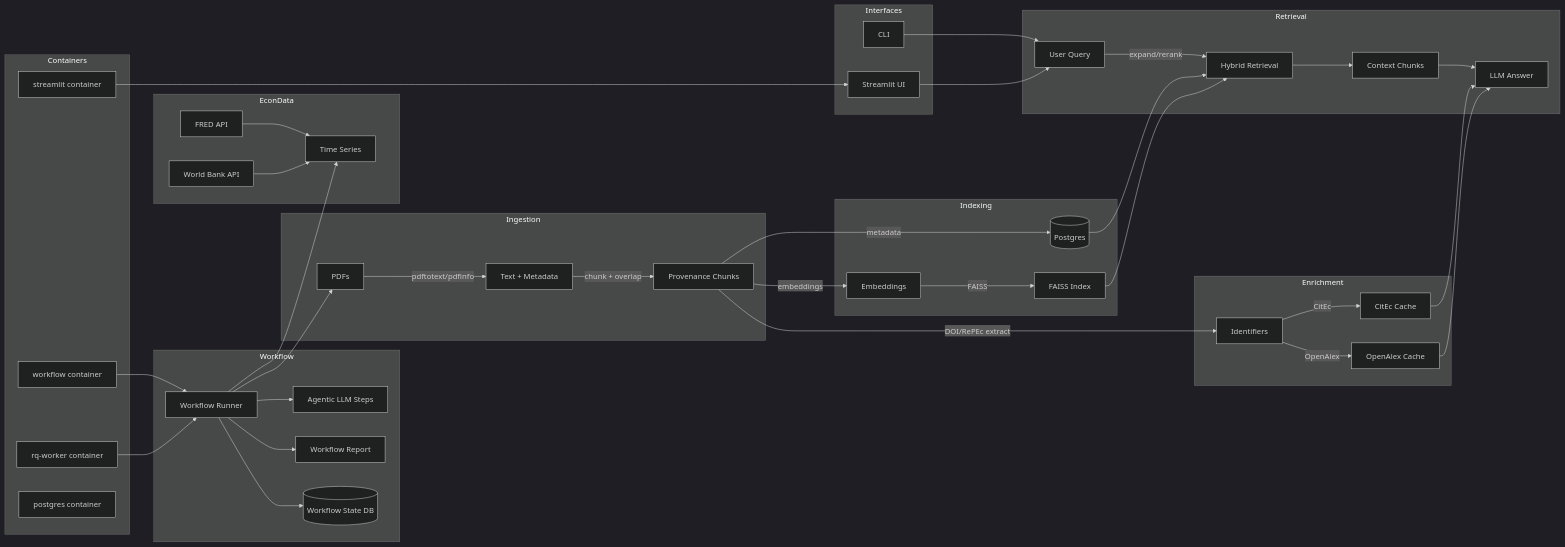
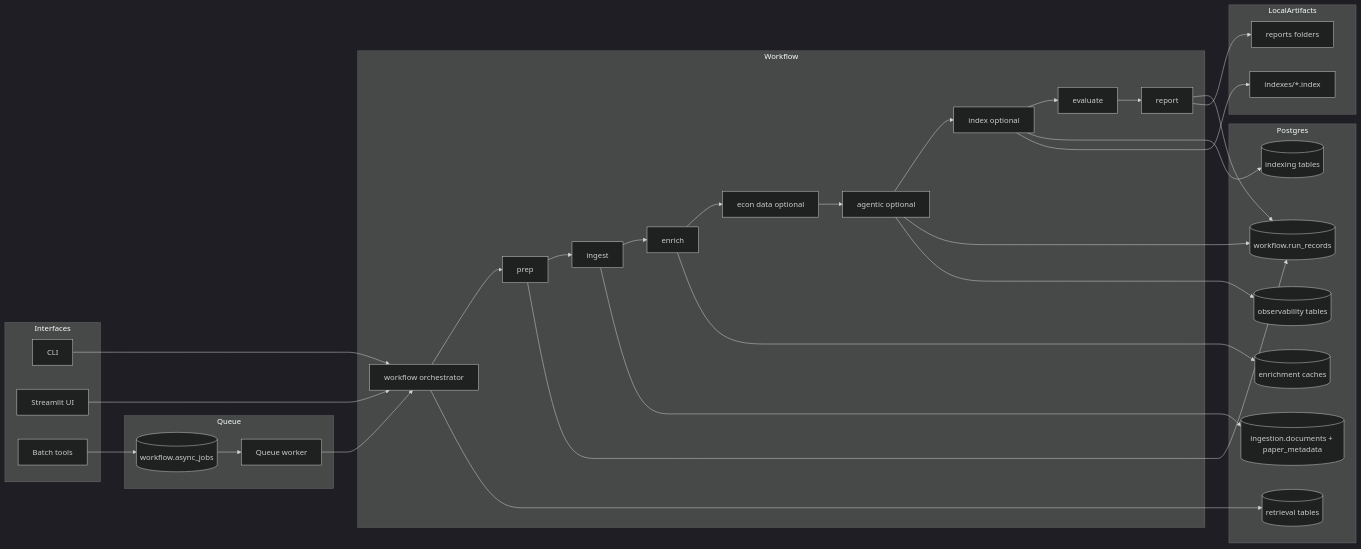
Before and after one commit to badbayesian/ragonometrics: the diagram in docs/architecture/architecture.md, drawn with Mermaid (dark theme). The commit also changed other lines of this file and 6 other files, not shown here.

Commit message:
docs: refresh architecture diagrams and add unified Postgres ERD

````diff
--- a/docs/architecture/architecture.md
+++ b/docs/architecture/architecture.md
@@ -11,55 +11,55 @@
 ```mermaid
 flowchart LR
-  subgraph Ingestion
-    PDFs[PDFs] -->|pdftotext/pdfinfo| Extract[Text + Metadata]
-    Extract -->|chunk + overlap| Chunks[Provenance Chunks]
+  subgraph Interfaces
+    CLI[CLI]
+    UI[Streamlit UI]
+    BATCH[Batch tools]
   end
 
-  subgraph Enrichment
-    Chunks -->|DOI/RePEc extract| Ids[Identifiers]
-    Ids -->|OpenAlex| OA[OpenAlex Cache]
-    Ids -->|CitEc| CitEc[CitEc Cache]
-  end
-
-  subgraph Indexing
-    Chunks -->|embeddings| Embeds[Embeddings]
-    Embeds -->|FAISS| Faiss[FAISS Index]
-    Chunks -->|metadata| PG[(Postgres)]
-  end
-
-  subgraph Retrieval
-    Query[User Query] -->|expand/rerank| Retrieve[Hybrid Retrieval]
-    Retrieve --> Context[Context Chunks]
-    Context --> LLM[LLM Answer]
-    OA --> LLM
-    CitEc --> LLM
-  end
-
-  subgraph EconData
-    FRED[FRED API] --> EconSeries[Time Series]
-    WB[World Bank API] --> EconSeries
+  subgraph Queue
+    Q[(workflow.async_jobs)]
+    WKR[Queue worker]
   end
 
   subgraph Workflow
-    Runner[Workflow Runner] --> StateDB[(Workflow State DB)]
-    Runner --> Report[Workflow Report]
-    Runner --> Agentic[Agentic LLM Steps]
+    WF[workflow orchestrator]
+    PREP[prep]
+    INGEST[ingest]
+    ENRICH[enrich]
+    ECON[econ data optional]
+    AGENTIC[agentic optional]
+    INDEX[index optional]
+    EVAL[evaluate]
+    REPORT[report]
   end
 
-  subgraph Interfaces
-    CLI[CLI] --> Query
-    UI[Streamlit UI] --> Query
+  subgraph Postgres
+    RUNREC[(workflow.run_records)]
+    DOC[(ingestion.documents + paper_metadata)]
+    ENRC[(enrichment caches)]
+    IDXT[(indexing tables)]
+    RET[(retrieval tables)]
+    OBS[(observability tables)]
   end
 
-  subgraph Containers
-    CUI[streamlit container] --> UI
-    CWF[workflow container] --> Runner
-    CRQ[rq-worker container] --> Runner
-    CPG[postgres container]
+  subgraph LocalArtifacts
+    RPT[reports folders]
+    FAISS[indexes/*.index]
   end
 
-  PG --> Retrieve
-  Faiss --> Retrieve
-  Runner --> PDFs
-  Runner --> EconSeries
+  CLI --> WF
+  UI --> WF
+  BATCH --> Q --> WKR --> WF
+
+  WF --> PREP --> INGEST --> ENRICH --> ECON --> AGENTIC --> INDEX --> EVAL --> REPORT
+  PREP --> RUNREC
+  INGEST --> DOC
+  ENRICH --> ENRC
+  AGENTIC --> RUNREC
+  AGENTIC --> OBS
+  INDEX --> IDXT
+  INDEX --> FAISS
+  WF --> RET
+  REPORT --> RUNREC
+  REPORT --> RPT
 ```
````
